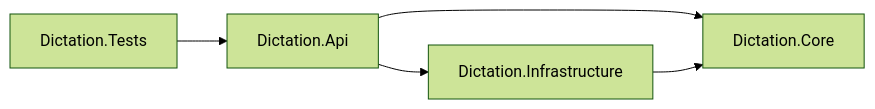
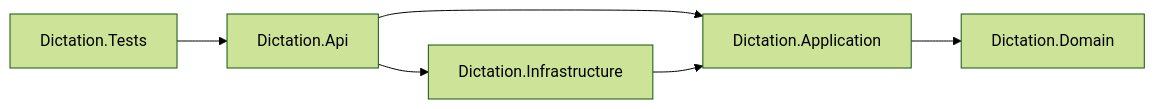
Before and after one commit to ngominh114/Dictation: the first of 3 diagrams in _bmad-output/architecture-dictation-practice/architecture-dictation-practice.md, drawn with Mermaid (forest theme). The commit also changed other lines of this file and 27 other files, not shown here.

First line of the commit message:
Split Core into Domain and Application layers

````diff
--- a/_bmad-output/architecture-dictation-practice/architecture-dictation-practice.md
+++ b/_bmad-output/architecture-dictation-practice/architecture-dictation-practice.md
@@ -35,7 +36,8 @@
 ```mermaid
 graph LR
-  Api[Dictation.Api] --> Core[Dictation.Core]
+  Api[Dictation.Api] --> App[Dictation.Application]
   Api --> Infra[Dictation.Infrastructure]
-  Infra --> Core
+  Infra --> App
+  App --> Domain[Dictation.Domain]
   Tests[Dictation.Tests] --> Api
 ```
````
